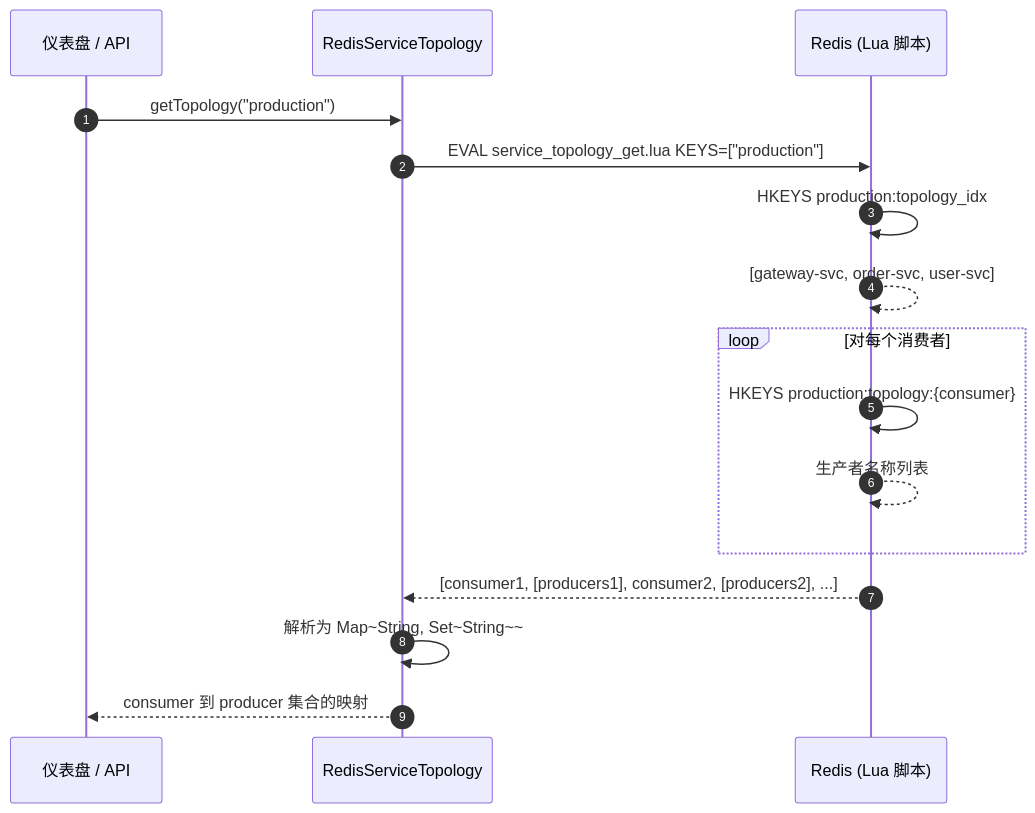
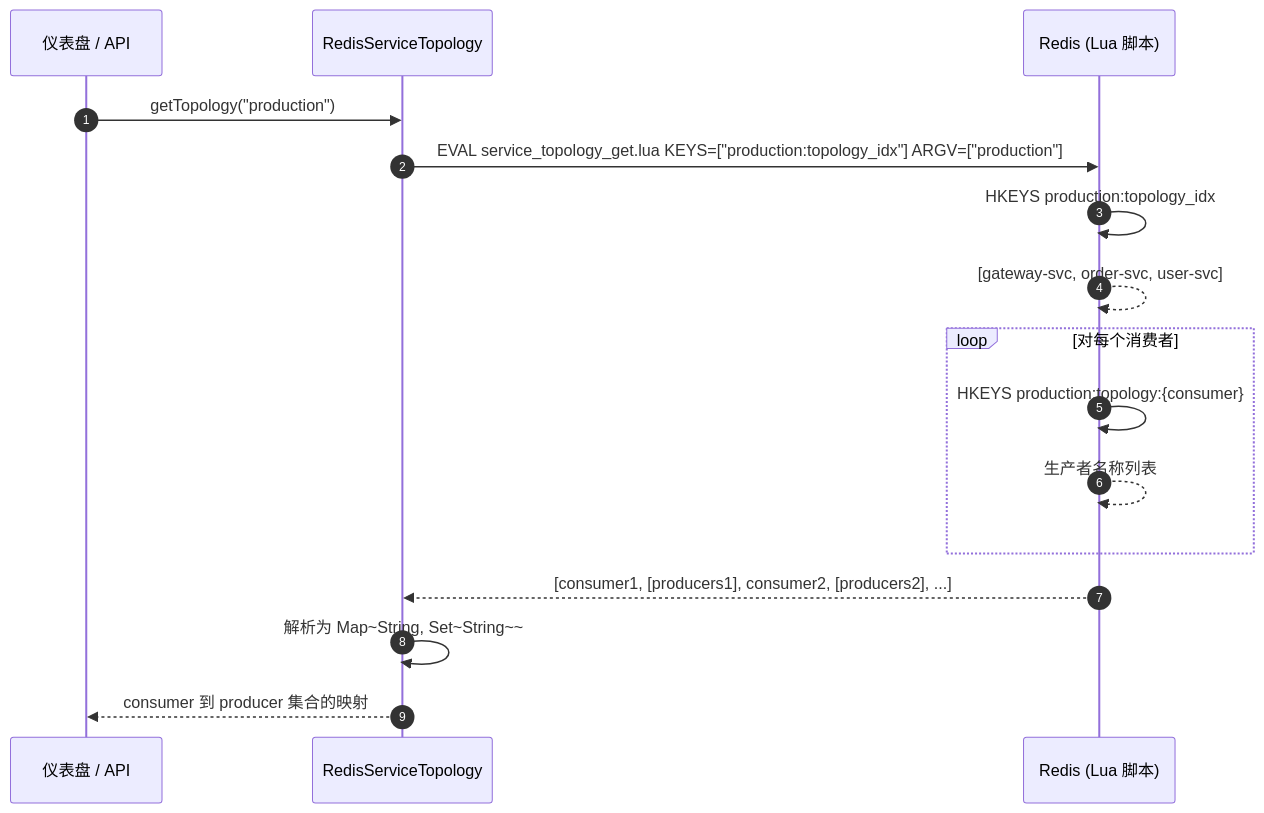
Before and after one commit to Ahoo-Wang/CoSky: the second of 5 diagrams in wiki/zh/guide/service-topology.md, drawn with Mermaid. The commit also changed other lines of this file and 201 other files, not shown here.

First line of the commit message:
Architecture & quality overhaul: consistent caches, Lua modularization, expiry reaping, security hardening (#985)

````diff
--- a/wiki/zh/guide/service-topology.md
+++ b/wiki/zh/guide/service-topology.md
@@ -78,21 +83,21 @@
 ```mermaid
 sequenceDiagram
     autonumber
     participant Client as 仪表盘 / API
     participant RST as RedisServiceTopology
     participant Redis as Redis (Lua 脚本)
 
     Client->>RST: getTopology("production")
-    RST->>Redis: EVAL service_topology_get.lua KEYS=["production"]
+    RST->>Redis: EVAL service_topology_get.lua KEYS=["production:topology_idx"] ARGV=["production"]
     Redis->>Redis: HKEYS production:topology_idx
     Redis-->>Redis: [gateway-svc, order-svc, user-svc]
 
     loop 对每个消费者
         Redis->>Redis: HKEYS production:topology:{consumer}
         Redis-->>Redis: 生产者名称列表
     end
 
     Redis-->>RST: [consumer1, [producers1], consumer2, [producers2], ...]
     RST->>RST: 解析为 Map~String, Set~String~~
     RST-->>Client: consumer 到 producer 集合的映射
 ```
````
